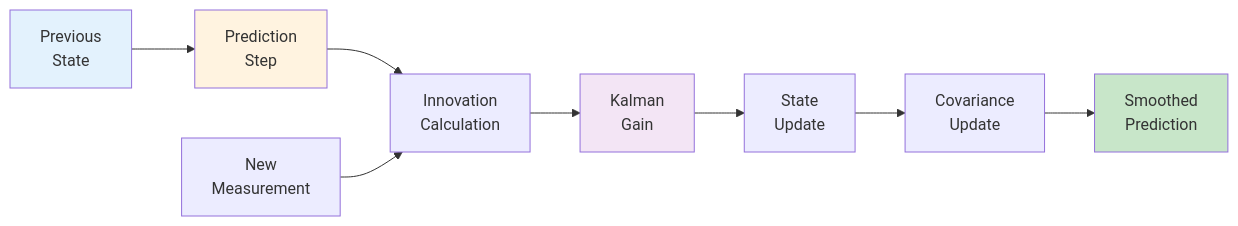
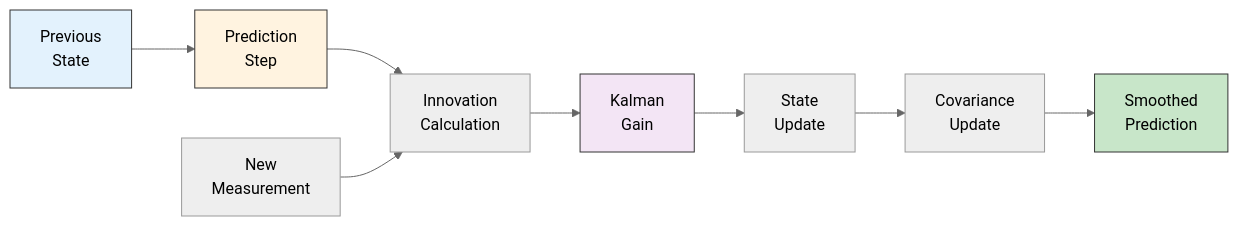
One commit to sumith1309/Project_Sahara_Sense changed the eighth of 14 diagrams in README.md. Above: the diagram before and after it, drawn with Mermaid. The commit also changed other lines of this file, not shown here.

Commit message:
docs: Enhance Mermaid diagrams visibility with neutral theme

````diff
--- a/README.md
+++ b/README.md
@@ -382,15 +389,16 @@
 ```mermaid
+%%{init: {'theme': 'neutral'}}%%
 graph LR
     A[Previous<br/>State] --> B[Prediction<br/>Step]
     B --> C[Innovation<br/>Calculation]
     D[New<br/>Measurement] --> C
     C --> E[Kalman<br/>Gain]
     E --> F[State<br/>Update]
     F --> G[Covariance<br/>Update]
     G --> H[Smoothed<br/>Prediction]
     
-    style A fill:#e3f2fd
-    style B fill:#fff3e0
-    style E fill:#f3e5f5
-    style H fill:#c8e6c9
+    style A fill:#e3f2fd,stroke:#333,color:#000
+    style B fill:#fff3e0,stroke:#333,color:#000
+    style E fill:#f3e5f5,stroke:#333,color:#000
+    style H fill:#c8e6c9,stroke:#333,color:#000
 ```
````
